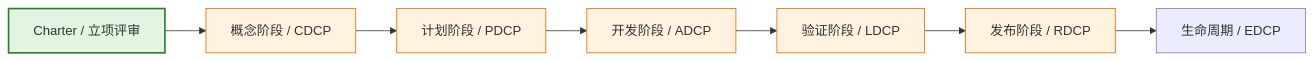
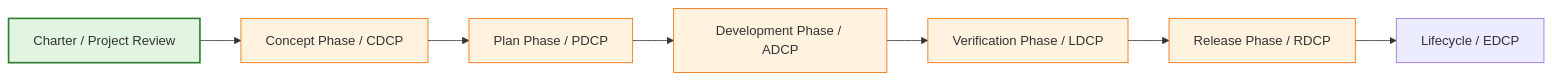
Before and after one commit to Kirky-X/cangjie: the fifth of 11 diagrams in templates/产品/战略层/【模板】项目任务书.md, drawn with Mermaid. The commit also changed other lines of this file and 60 other files, not shown here.

````diff
--- a/templates/产品/战略层/【模板】项目任务书.md
+++ b/templates/产品/战略层/【模板】项目任务书.md
@@ -245,16 +245,16 @@
 ```mermaid
 flowchart LR
-    A[Charter / 立项评审] --> B[概念阶段 / CDCP]
-    B --> C[计划阶段 / PDCP]
-    C --> D[开发阶段 / ADCP]
-    D --> E[验证阶段 / LDCP]
-    E --> F[发布阶段 / RDCP]
-    F --> G[生命周期 / EDCP]
+    A[Charter / Project Review] --> B[Concept Phase / CDCP]
+    B --> C[Plan Phase / PDCP]
+    C --> D[Development Phase / ADCP]
+    D --> E[Verification Phase / LDCP]
+    E --> F[Release Phase / RDCP]
+    F --> G[Lifecycle / EDCP]
 
     style A fill:#e1f5e1,stroke:#2e7d32,stroke-width:2px
     style B fill:#fff3e0,stroke:#ef6c00
     style C fill:#fff3e0,stroke:#ef6c00
     style D fill:#fff3e0,stroke:#ef6c00
     style E fill:#fff3e0,stroke:#ef6c00
     style F fill:#fff3e0,stroke:#ef6c00
 ```
````
